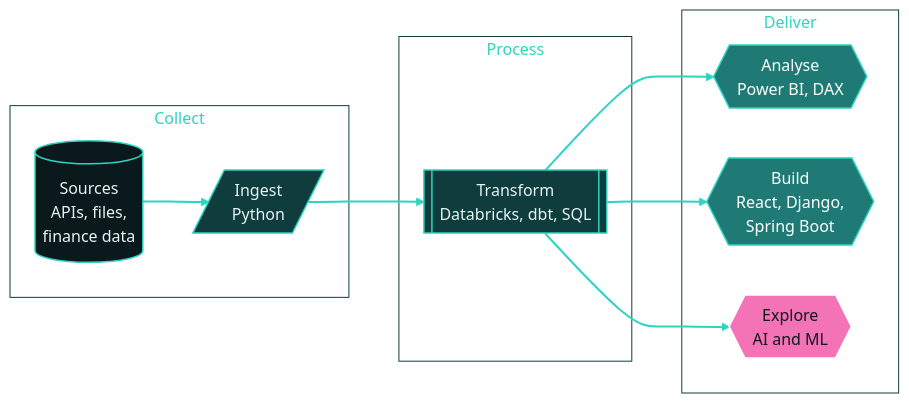
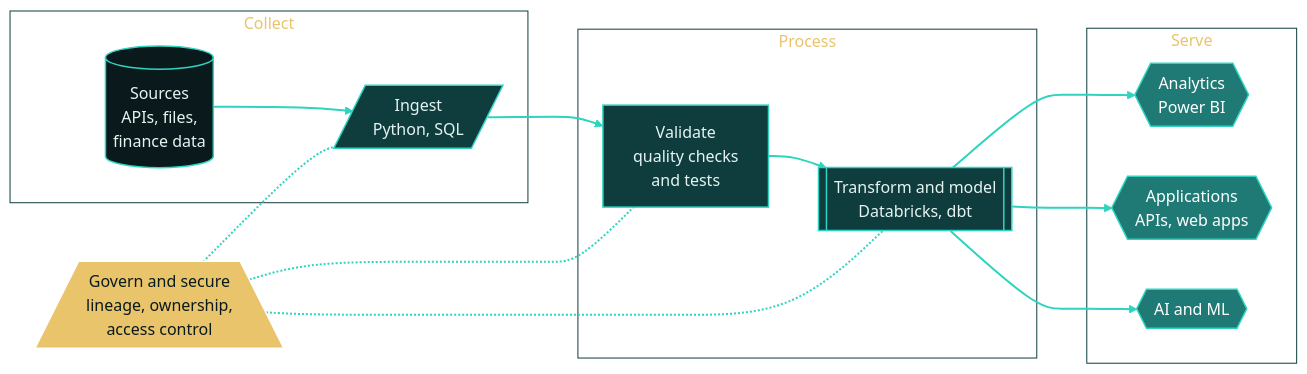
Before and after one commit to Sitina-Celine/Sitina-Celine: the diagram in README.md, drawn with Mermaid. The commit also changed other lines of this file, not shown here.

````diff
--- a/README.md
+++ b/README.md
@@ -28,36 +36,43 @@
 ```mermaid
 flowchart LR
-    subgraph IN[" Collect "]
+    subgraph COLLECT[" Collect "]
         A[(Sources<br/>APIs, files,<br/>finance data)]
-        B[/Ingest<br/>Python/]
+        B[/Ingest<br/>Python, SQL/]
     end
 
-    subgraph PROC[" Process "]
-        C[[Transform<br/>Databricks, dbt, SQL]]
+    subgraph PROCESS[" Process "]
+        V[Validate<br/>quality checks<br/>and tests]
+        C[[Transform and model<br/>Databricks, dbt]]
     end
 
-    subgraph OUT[" Deliver "]
-        D{{Analyse<br/>Power BI, DAX}}
-        E{{Build<br/>React, Django,<br/>Spring Boot}}
-        F{{Explore<br/>AI and ML}}
+    subgraph SERVE[" Serve "]
+        D{{Analytics<br/>Power BI}}
+        E{{Applications<br/>APIs, web apps}}
+        F{{AI and ML}}
     end
 
-    A ==> B ==> C
+    G[/Govern and secure<br/>lineage, ownership,<br/>access control\]
+
+    A ==> B ==> V ==> C
     C ==> D
     C ==> E
     C ==> F
 
+    G -.- B
+    G -.- V
+    G -.- C
+
     classDef source fill:#0a1a1c,stroke:#2dd4bf,stroke-width:1.5px,color:#e6f4f1
     classDef pipe fill:#0f3d3e,stroke:#2dd4bf,stroke-width:1.5px,color:#e6f4f1
     classDef output fill:#1f7a75,stroke:#2dd4bf,stroke-width:1.5px,color:#ffffff
-    classDef accent fill:#f472b6,stroke:#ffffff,stroke-width:1.5px,color:#0a1a1c
-    classDef group fill:transparent,stroke:#0f3d3e,stroke-width:1px,color:#2dd4bf
+    classDef accent fill:#e9c46a,stroke:#ffffff,stroke-width:1.5px,color:#0a1a1c
+    classDef group fill:transparent,stroke:#0f3d3e,stroke-width:1px,color:#e9c46a
 
     class A source
-    class B,C pipe
-    class D,E output
-    class F accent
-    class IN,PROC,OUT group
+    class B,V,C pipe
+    class D,E,F output
+    class G accent
+    class COLLECT,PROCESS,SERVE group
 
     linkStyle default stroke:#2dd4bf,stroke-width:2px
 ```
````
